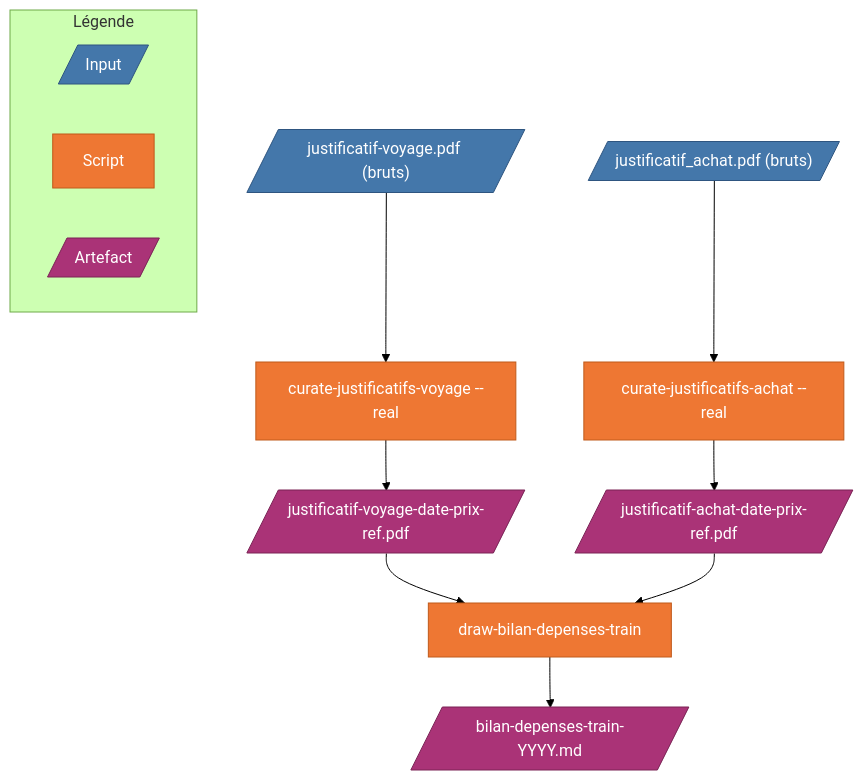
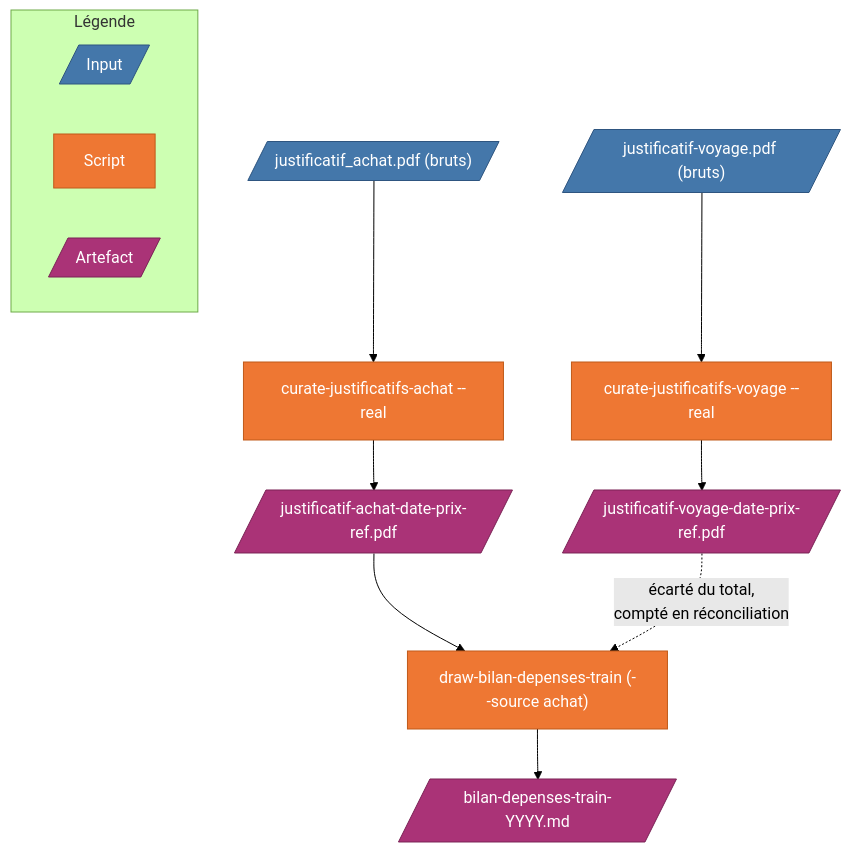
The diagram in sncf-trip-proofs/README.md (ValentinDumas/toolbox), drawn with Mermaid (forest theme) before and after one commit. The commit also changed other lines of this file and 9 other files, not shown here.

````diff
--- a/sncf-trip-proofs/README.md
+++ b/sncf-trip-proofs/README.md
@@ -9,27 +9,27 @@
 ```mermaid
 flowchart TD
     classDef input    fill:#4477AA,stroke:#2E5580,color:#fff
     classDef script   fill:#EE7733,stroke:#C05A1A,color:#fff
     classDef artifact fill:#AA3377,stroke:#7A2255,color:#fff
 
     V[/"justificatif-voyage.pdf (bruts)"/]:::input
     A[/"justificatif_achat.pdf (bruts)"/]:::input
 
     V --> CV["curate-justificatifs-voyage --real"]:::script
     A --> CA["curate-justificatifs-achat --real"]:::script
 
     CV --> OV[/"justificatif-voyage-date-prix-ref.pdf"/]:::artifact
     CA --> OA[/"justificatif-achat-date-prix-ref.pdf"/]:::artifact
 
-    OV --> B["draw-bilan-depenses-train"]:::script
-    OA --> B
+    OA --> B["draw-bilan-depenses-train (--source achat)"]:::script
+    OV -.->|"écarté du total,<br/>compté en réconciliation"| B
 
     B --> R[/"bilan-depenses-train-YYYY.md"/]:::artifact
 
     subgraph legend["Légende"]
         direction LR
         Li[/"Input"/]:::input
         Ls["Script"]:::script
         La[/"Artefact"/]:::artifact
     end
 ```
````
